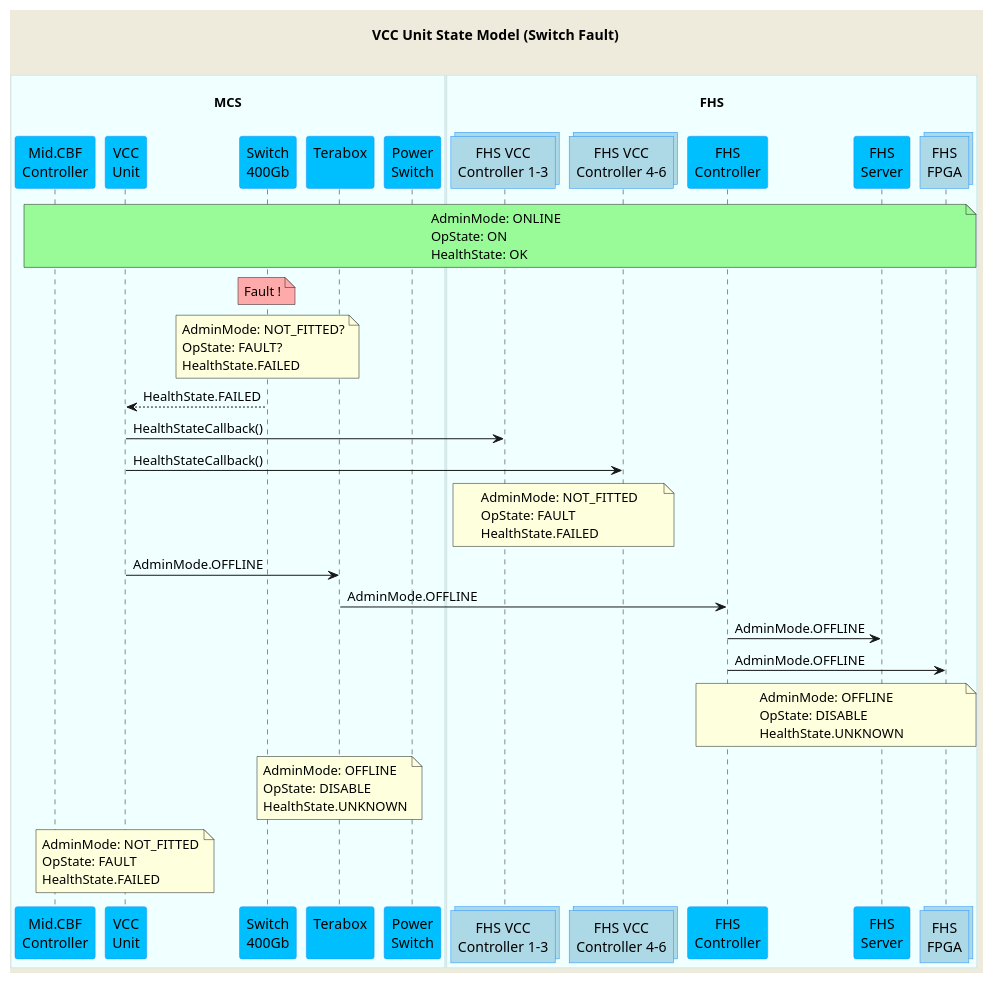
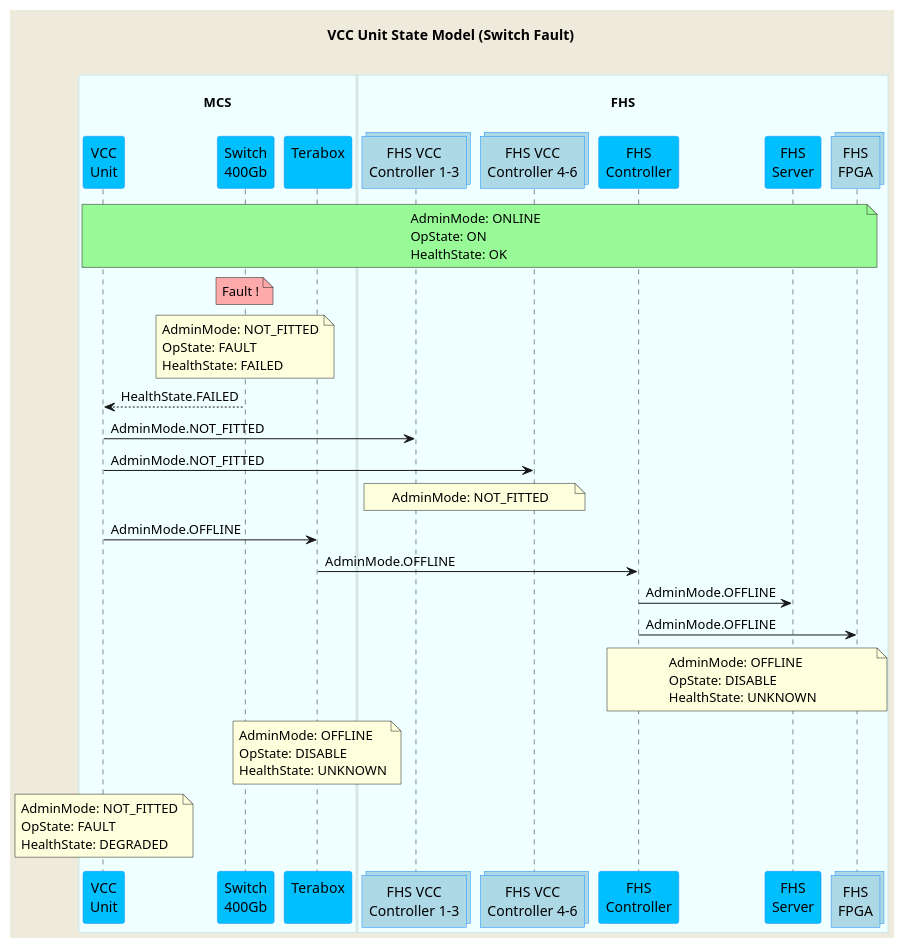
Before and after one commit to ska-telescope/mid-cbf-mcs: the diagram in docs/src/diagrams/FHS Design/vcc-unit-switch-fault-state-model.puml, drawn with PlantUML. The commit also changed 5 other files, not shown here.

Commit message:
CIP-2720 sequence diagram updates

```diff
--- a/docs/src/diagrams/FHS Design/vcc-unit-switch-fault-state-model.puml
+++ b/docs/src/diagrams/FHS Design/vcc-unit-switch-fault-state-model.puml
@@ -1,64 +1,62 @@
 @startuml
 'https://plantuml.com/sequence-diagram
 skinparam backgroundColor #EEEBDC
 skinparam sequence {
 ParticipantBorderColor DodgerBlue
 ParticipantBackgroundColor DeepSkyBlue
 ActorBorderColor DarkGreen
 ActorBackgroundColor Green
 BoxBorderColor LightBlue
 BoxBackgroundColor #F0FFFF
 }
 skinparam collections {
   BackGroundColor LightBlue
   BorderColor DodgerBlue
 }
 skinparam database {
   BackgroundColor LightGreen
   BorderColor DarkGreen
 }
 title VCC Unit State Model (Switch Fault)\n
 ' participant "LMC\n" as lmc #Thistle
 box "\nMCS\n"
-  participant "Mid.CBF\nController" as controller
   participant "VCC\nUnit" as vcc_unit
   participant "Switch\n400Gb" as switch
   participant "Terabox\n" as terabox
-  participant "Power\nSwitch" as ps
 end box
 ' participant "Local\nCache" as cache #Salmon
 ' participant "PDU\n" as pdu #Orange
 ' participant "FHS\nBMC" as fhs_bmc #Grey
 ' participant "FPGA\nBMC" as fpga_bmc #Grey
 box "\nFHS\n"
     collections "FHS VCC\nController 1-3" as vcc_cont1
     collections "FHS VCC\nController 4-6" as vcc_cont2
 
     participant "FHS\nController" as fhs_cont
     participant "FHS\nServer" as fhs_cpu
     collections "FHS\nFPGA" as fhs_fpga
 end box
 
-note over controller, fhs_fpga #PaleGreen  : AdminMode: ONLINE\nOpState: ON\nHealthState: OK
+note over vcc_unit, fhs_fpga #PaleGreen  : AdminMode: ONLINE\nOpState: ON\nHealthState: OK
 
 note over switch #FFAAAA         : Fault !
-note over switch                   : AdminMode: NOT_FITTED?\nOpState: FAULT?\nHealthState.FAILED
+note over switch                   : AdminMode: NOT_FITTED\nOpState: FAULT\nHealthState: FAILED
 
 vcc_unit           <--  switch     : HealthState.FAILED
-vcc_unit            ->  vcc_cont1  : HealthStateCallback()
-vcc_unit            ->  vcc_cont2  : HealthStateCallback()
-note over vcc_cont1, vcc_cont2     : AdminMode: NOT_FITTED\nOpState: FAULT\nHealthState.FAILED
+vcc_unit            ->  vcc_cont1  : AdminMode.NOT_FITTED
+vcc_unit            ->  vcc_cont2  : AdminMode.NOT_FITTED
+note over vcc_cont1, vcc_cont2     : AdminMode: NOT_FITTED
 
 vcc_unit           ->  terabox    : AdminMode.OFFLINE
 ' terabox            ->   ps        : AdminMode.OFFLINE
 ' note over ps                      : AdminMode: OFFLINE\nOpState: DISABLE\nHealthState.UNKNOWN
 terabox            ->  fhs_cont   : AdminMode.OFFLINE
 
 fhs_cont           ->  fhs_cpu     : AdminMode.OFFLINE
 fhs_cont           ->  fhs_fpga    : AdminMode.OFFLINE
-note over fhs_cont, fhs_fpga       : AdminMode: OFFLINE\nOpState: DISABLE\nHealthState.UNKNOWN
-note over terabox                 : AdminMode: OFFLINE\nOpState: DISABLE\nHealthState.UNKNOWN
-note over vcc_unit               : AdminMode: NOT_FITTED\nOpState: FAULT\nHealthState.FAILED
+note over fhs_cont, fhs_fpga       : AdminMode: OFFLINE\nOpState: DISABLE\nHealthState: UNKNOWN
+note over terabox                 : AdminMode: OFFLINE\nOpState: DISABLE\nHealthState: UNKNOWN
+note over vcc_unit                : AdminMode: NOT_FITTED\nOpState: FAULT\nHealthState: DEGRADED
 
 
 @enduml
```
